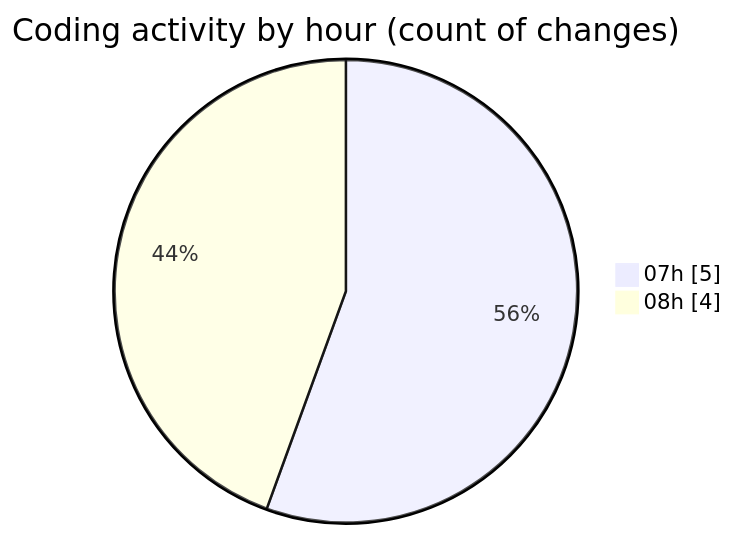
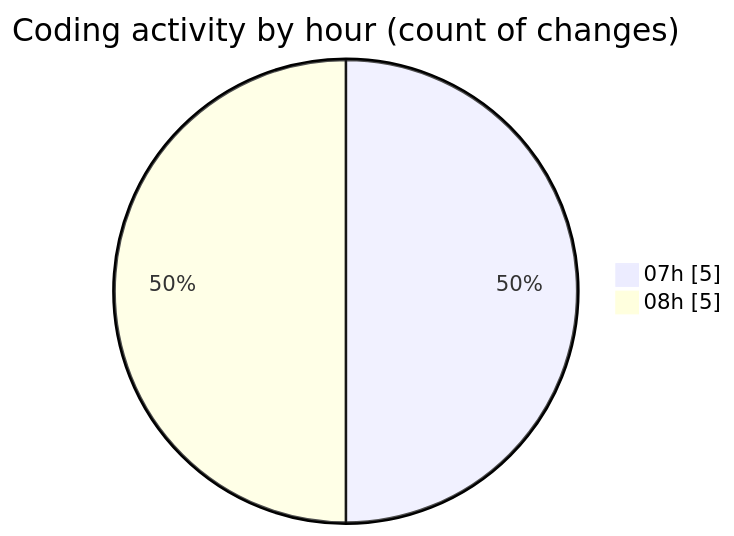
One commit to LanceThiago/code-tracking changed the second of 2 diagrams in 2026-04-23/oficina/README.md. Above: the diagram before and after it, drawn with Mermaid. The commit also changed other lines of this file and 1 other file, not shown here.

````diff
--- a/2026-04-23/oficina/README.md
+++ b/2026-04-23/oficina/README.md
@@ -28,6 +28,6 @@
 ```mermaid
 pie showData
 title Coding activity by hour (count of changes)
 "07h" : 5
-"08h" : 4
+"08h" : 5
 ```
````
